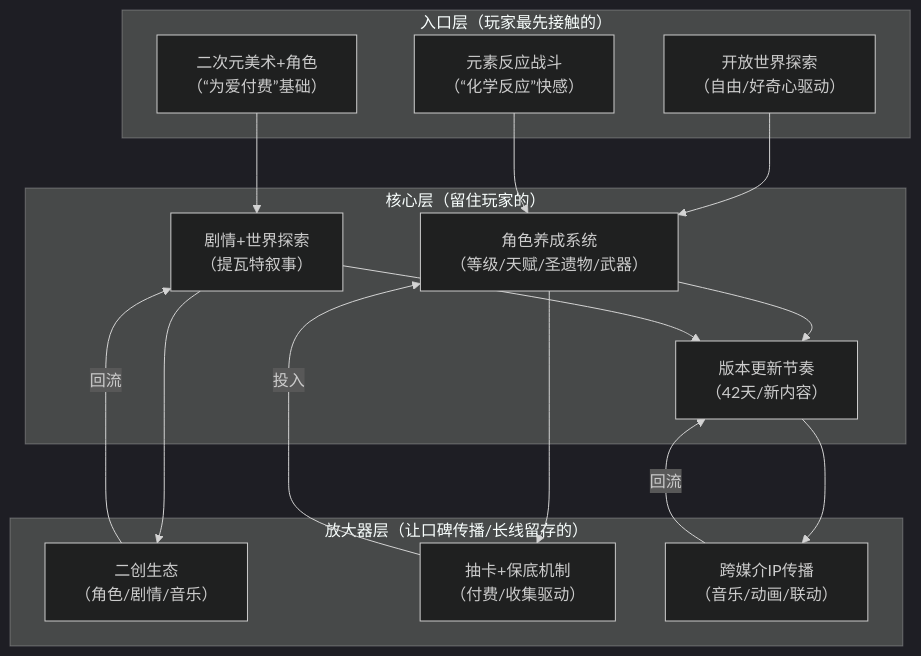
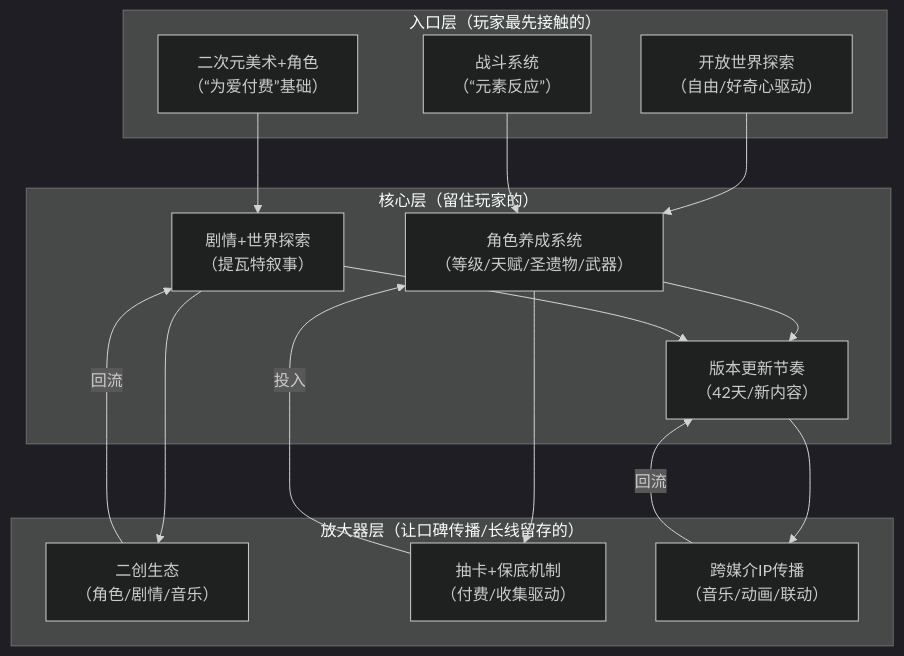
The third of 3 diagrams in 90-项目与复盘/90-2 游戏项目/90-2-1_游戏全体系拆解案/90-2-1-16 原神_战斗系统、内容更新与IP传播的系统协同.md (shijinggao9-ops/knowledge-base), drawn with Mermaid (dark theme) before and after one commit. The commit also changed other lines of this file and 3 other files, not shown here.

````diff
--- a/90-项目与复盘/90-2 游戏项目/90-2-1_游戏全体系拆解案/90-2-1-16 原神_战斗系统、内容更新与IP传播的系统协同.md
+++ b/90-项目与复盘/90-2 游戏项目/90-2-1_游戏全体系拆解案/90-2-1-16 原神_战斗系统、内容更新与IP传播的系统协同.md
@@ -471,29 +471,29 @@
 ```mermaid
 graph TD
     subgraph 入口层["入口层（玩家最先接触的）"]
         A["开放世界探索<br>（自由/好奇心驱动）"]
         B["二次元美术+角色<br>（“为爱付费”基础）"]
-        C["元素反应战斗<br>（“化学反应”快感）"]
+        C["战斗系统<br>（“元素反应”）"]
     end
     subgraph 核心层["核心层（留住玩家的）"]
         D["角色养成系统<br>（等级/天赋/圣遗物/武器）"]
         E["剧情+世界探索<br>（提瓦特叙事）"]
         F["版本更新节奏<br>（42天/新内容）"]
     end
     subgraph 放大器层["放大器层（让口碑传播/长线留存的）"]
         G["二创生态<br>（角色/剧情/音乐）"]
         H["抽卡+保底机制<br>（付费/收集驱动）"]
         I["跨媒介IP传播<br>（音乐/动画/联动）"]
     end
     A --> D
     B --> E
     C --> D
     D --> F
     E --> F
     D --> H
     E --> G
     F --> I
     G -->|"回流"| E
     H -->|"投入"| D
     I -->|"回流"| F
 ```
````
